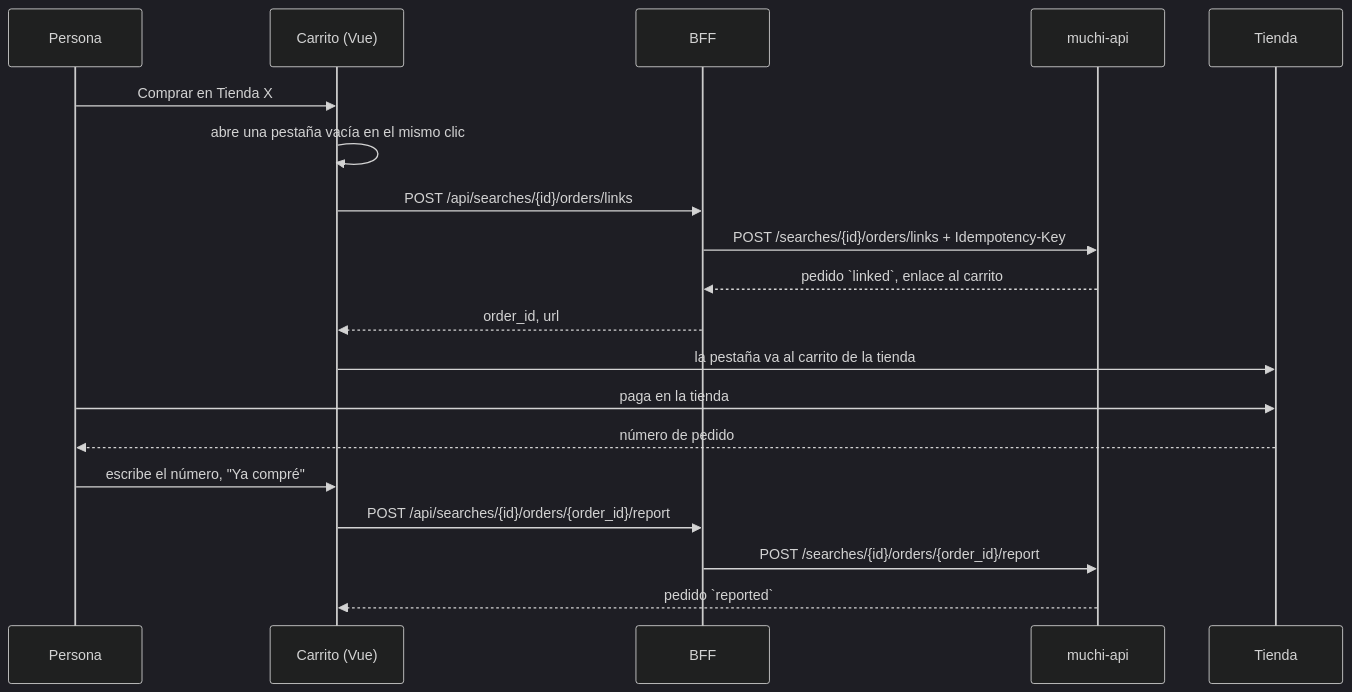
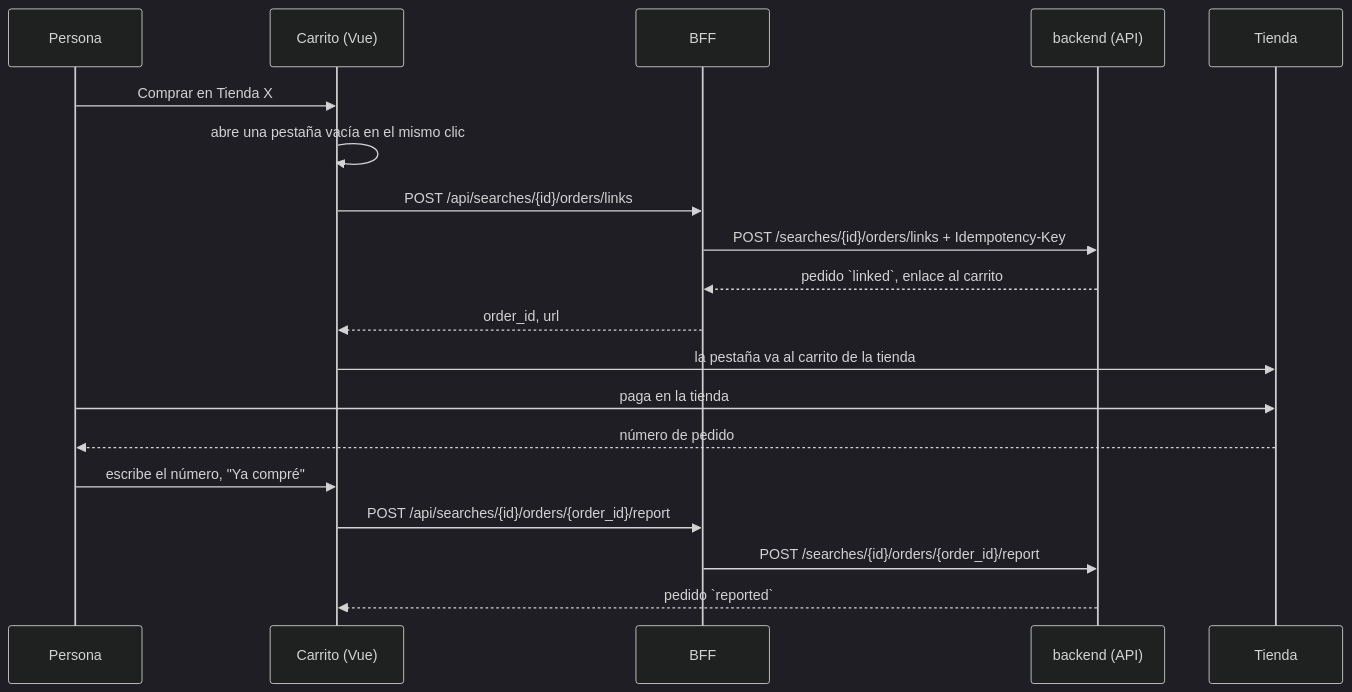
Before and after one commit to metaliaw/muchi: the first of 2 diagrams in docs/reported-purchases.es.md, drawn with Mermaid (dark theme). The commit also changed other lines of this file and 70 other files, not shown here.

First line of the commit message:
Point the docs and the front's API link at backend/

````diff
--- a/docs/reported-purchases.es.md
+++ b/docs/reported-purchases.es.md
@@ -23,22 +23,22 @@
 ```mermaid
 sequenceDiagram
     participant P as Persona
     participant W as Carrito (Vue)
     participant B as BFF
-    participant A as muchi-api
+    participant A as backend (API)
     participant S as Tienda
 
     P->>W: Comprar en Tienda X
     W->>W: abre una pestaña vacía en el mismo clic
     W->>B: POST /api/searches/{id}/orders/links
     B->>A: POST /searches/{id}/orders/links + Idempotency-Key
     A-->>B: pedido `linked`, enlace al carrito
     B-->>W: order_id, url
     W->>S: la pestaña va al carrito de la tienda
     P->>S: paga en la tienda
     S-->>P: número de pedido
     P->>W: escribe el número, "Ya compré"
     W->>B: POST /api/searches/{id}/orders/{order_id}/report
     B->>A: POST /searches/{id}/orders/{order_id}/report
     A-->>W: pedido `reported`
 ```
````
